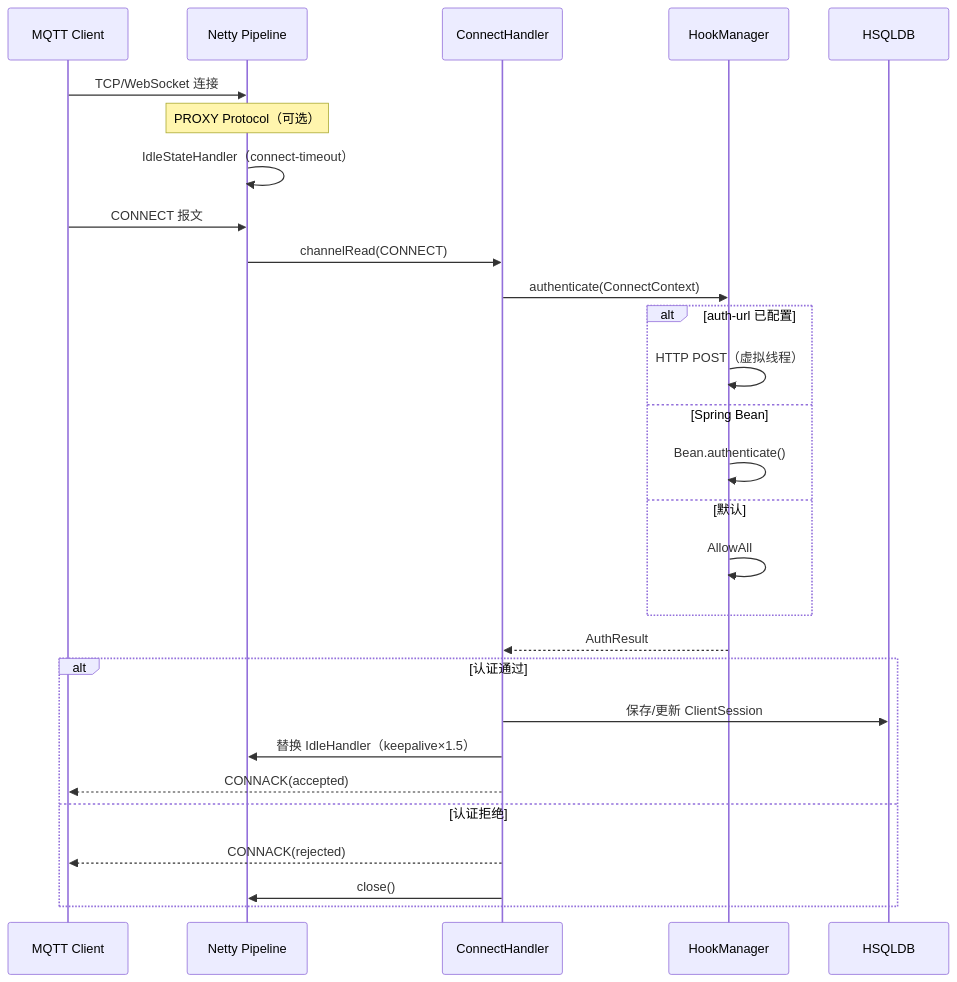
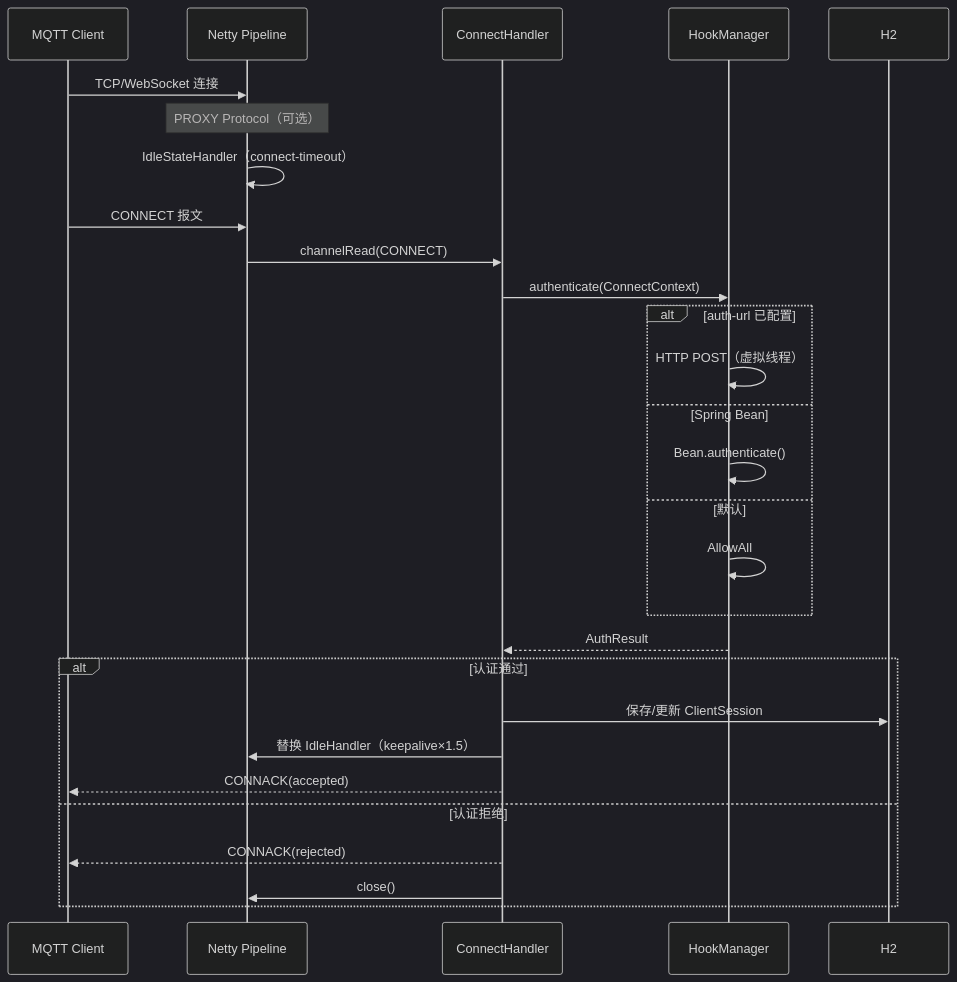
Before and after one commit to forkcc/QuickMQ: the diagram in docs/images/connect_auth.mmd, drawn with Mermaid. The commit also changed 9 other files, not shown here.

Commit message:
chore: 迁移数据库从HSQLDB到H2，更新文档和图表

```diff
--- a/docs/images/connect_auth.mmd
+++ b/docs/images/connect_auth.mmd
@@ -1,29 +1,30 @@
+%%{init: {'theme': 'dark'}}%%
 sequenceDiagram
     participant C as MQTT Client
     participant N as Netty Pipeline
     participant H as ConnectHandler
     participant HM as HookManager
-    participant DB as HSQLDB
+    participant DB as H2
 
     C->>N: TCP/WebSocket 连接
     Note over N: PROXY Protocol（可选）
     N->>N: IdleStateHandler（connect-timeout）
     C->>N: CONNECT 报文
     N->>H: channelRead(CONNECT)
     H->>HM: authenticate(ConnectContext)
     alt auth-url 已配置
         HM->>HM: HTTP POST（虚拟线程）
     else Spring Bean
         HM->>HM: Bean.authenticate()
     else 默认
         HM->>HM: AllowAll
     end
     HM-->>H: AuthResult
     alt 认证通过
         H->>DB: 保存/更新 ClientSession
         H->>N: 替换 IdleHandler（keepalive×1.5）
         H-->>C: CONNACK(accepted)
     else 认证拒绝
         H-->>C: CONNACK(rejected)
         H->>N: close()
     end
```
